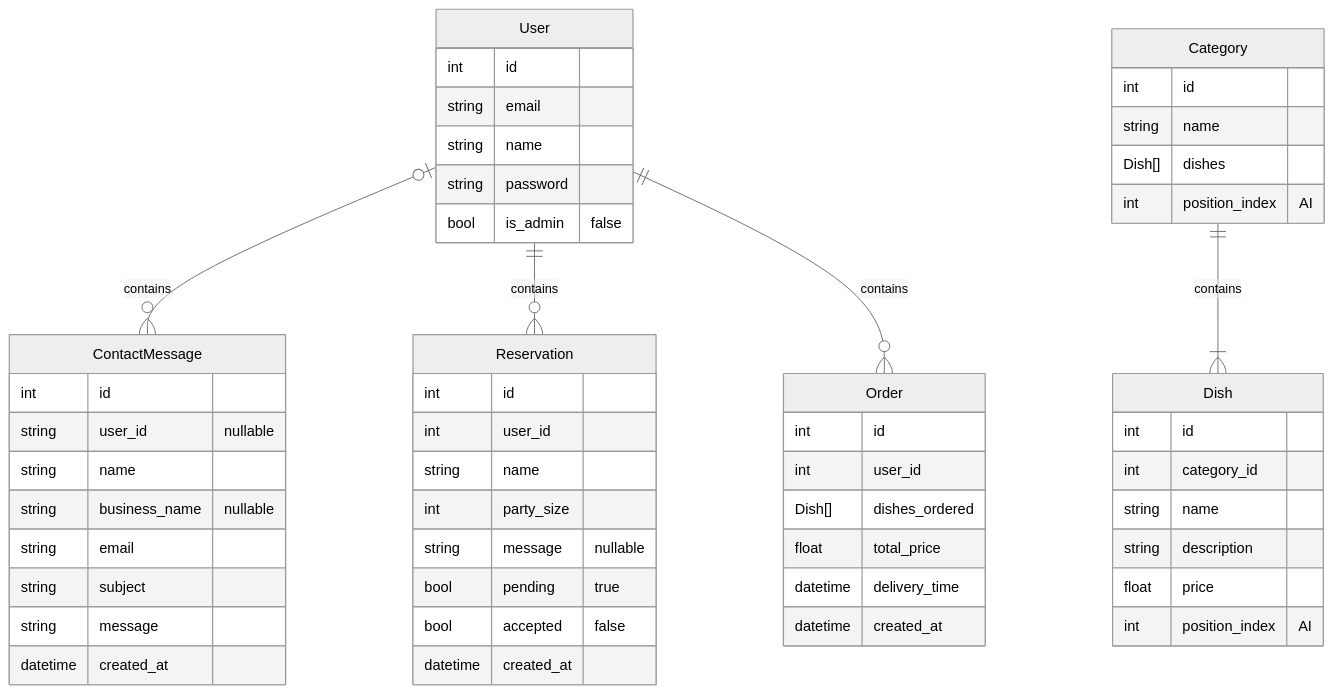
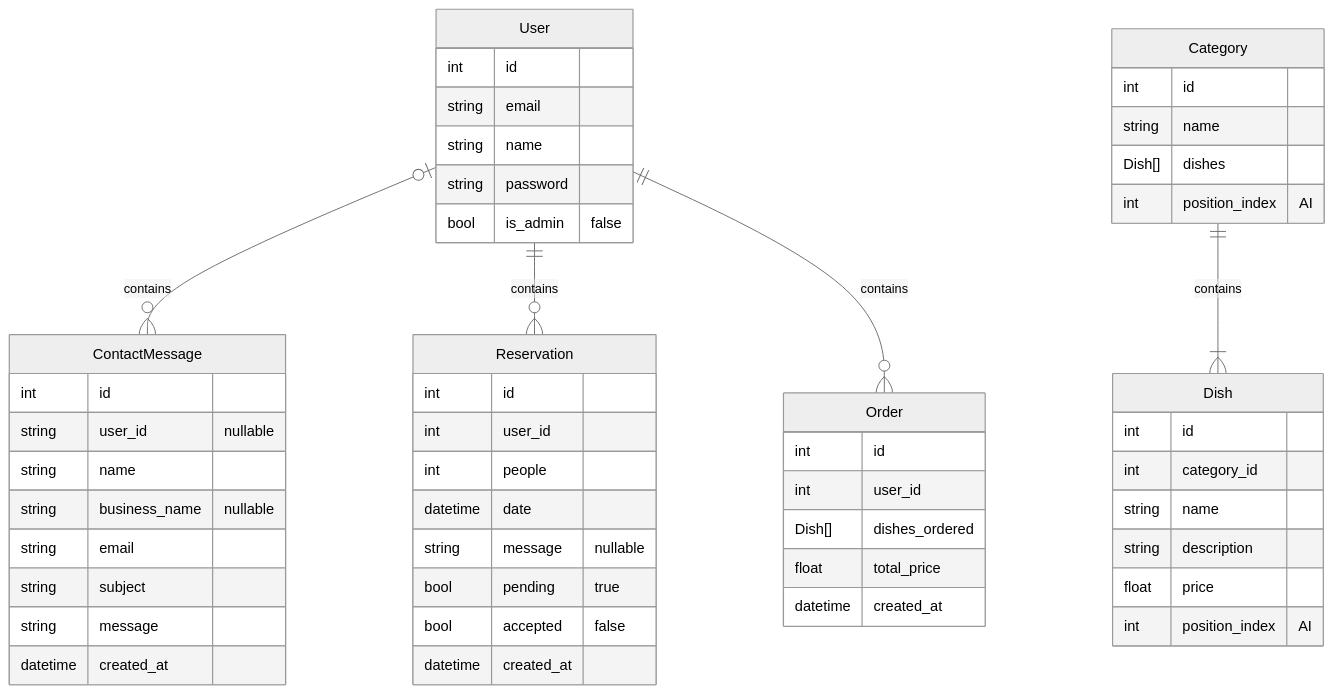
The diagram in docs/sdd.md (Rutger505/cafe-pronk-backend), drawn with Mermaid (neutral theme) before and after one commit. The commit also changed 10 other files, not shown here.

````diff
--- a/docs/sdd.md
+++ b/docs/sdd.md
@@ -7,63 +7,62 @@
 ```mermaid
 erDiagram
     User {
         int id
         string email
         string name
         string password
         bool is_admin "false"
     }
     
     User |o--o{ ContactMessage: contains
     User ||--o{ Reservation: contains
     User ||--o{ Order: contains
 
     ContactMessage {
         int id
         string user_id "nullable"
         string name
         string business_name "nullable"
         string email
         string subject
         string message
         datetime created_at
     }
 
     Reservation {
         int id
         int user_id 
-        string name
-        int party_size
+        int people
+        datetime date
         string message "nullable"
         bool pending "true"
         bool accepted "false"
         datetime created_at
     }
     
     Order {
         int id
         int user_id
         Dish[] dishes_ordered
         float total_price
-        datetime delivery_time
         datetime created_at
     }
 
     Category {
         int id
         string name
         Dish[] dishes
         int position_index "AI"
     }
 
     Category ||--|{ Dish: contains
  
     Dish {
         int id
         int category_id
         string name
         string description
         float price
         int position_index "AI"
     }
 ```
````
